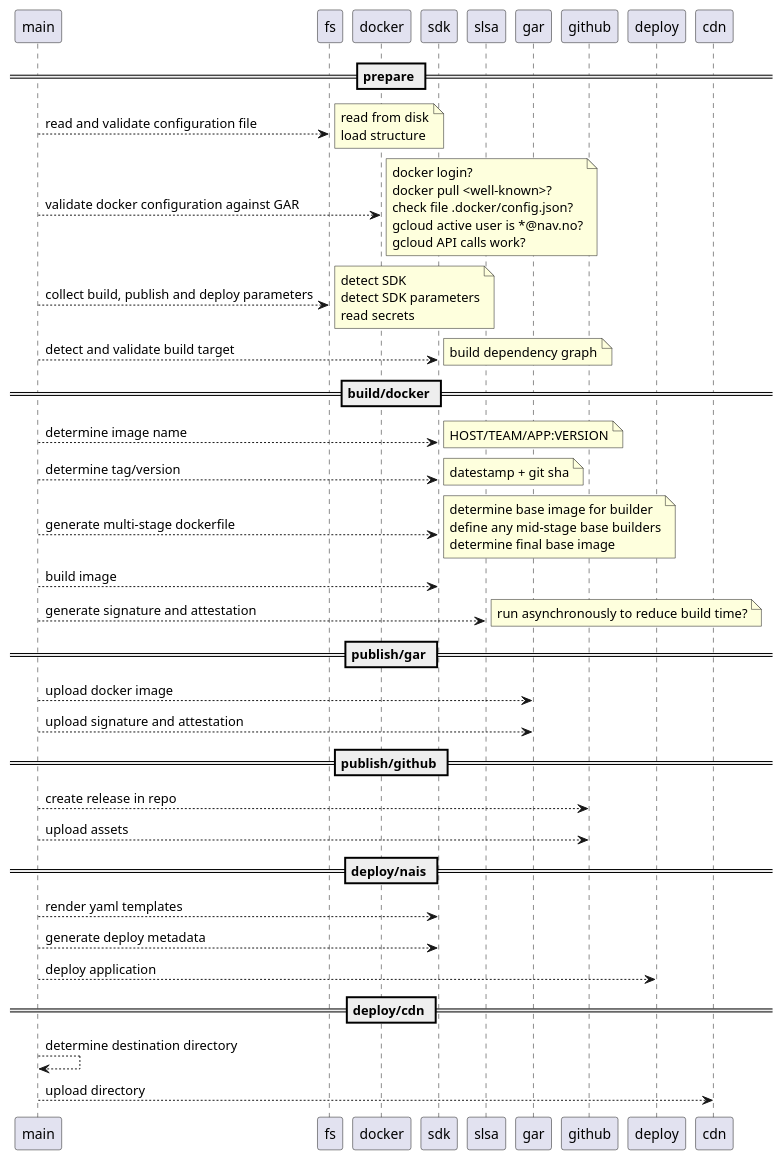
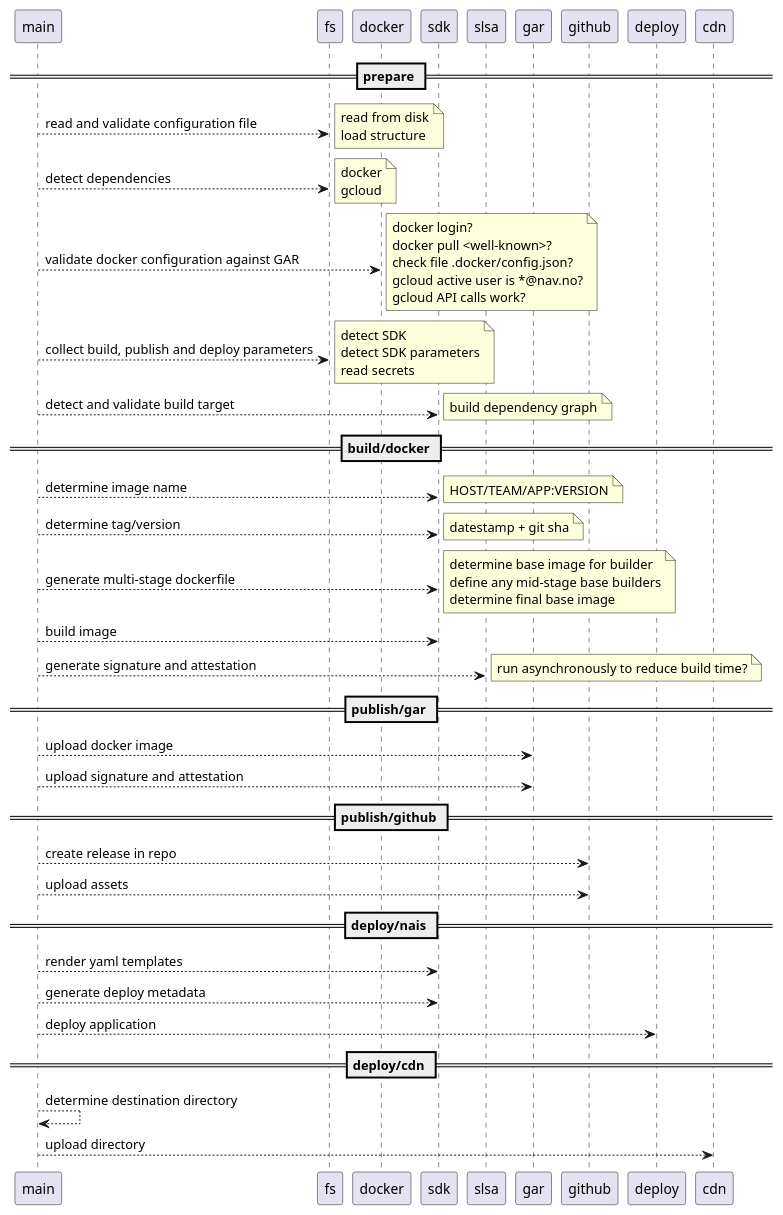
The diagram in diagrams/build-process.puml (nais/build), drawn with PlantUML before and after one commit.

Commit message:
doc: more setup steps

```diff
--- a/diagrams/build-process.puml
+++ b/diagrams/build-process.puml
@@ -1,51 +1,53 @@
 @startuml
 
 == prepare ==
 main --> fs: read and validate configuration file
 note right: read from disk\n\
 load structure
+main --> fs: detect dependencies
+note right: docker\ngcloud
 main --> docker: validate docker configuration against GAR
 note right: docker login?\n\
 docker pull <well-known>?\n\
 check file .docker/config.json?\n\
 gcloud active user is *@nav.no?\n\
 gcloud API calls work?
 main --> fs: collect build, publish and deploy parameters
 note right: detect SDK\n\
 detect SDK parameters\n\
 read secrets
 main --> sdk: detect and validate build target
 note right: build dependency graph
 
 == build/docker ==
 main --> sdk: determine image name
 note right: HOST/TEAM/APP:VERSION
 main --> sdk: determine tag/version
 note right: datestamp + git sha
 main --> sdk: generate multi-stage dockerfile
 note right: \
 determine base image for builder\n\
 define any mid-stage base builders\n\
 determine final base image
 main --> sdk: build image
 main --> slsa: generate signature and attestation
 note right: run asynchronously to reduce build time?
 
 == publish/gar ==
 main --> gar: upload docker image
 main --> gar: upload signature and attestation
 
 == publish/github ==
 main --> github: create release in repo
 main --> github: upload assets
 
 == deploy/nais ==
 main --> sdk: render yaml templates
 main --> sdk: generate deploy metadata
 main --> deploy: deploy application
 
 == deploy/cdn ==
 main --> main: determine destination directory
 main --> cdn: upload directory
 
 @enduml
```
